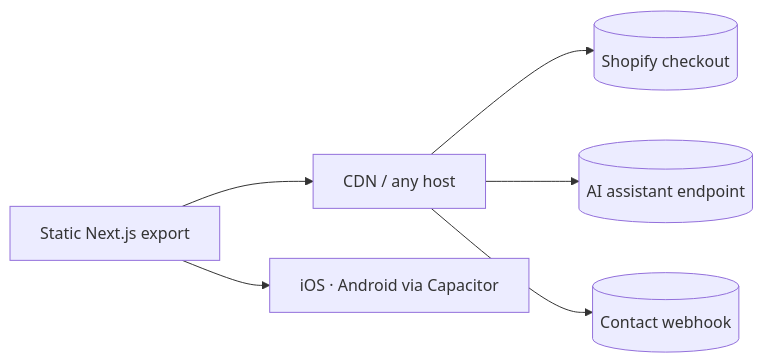
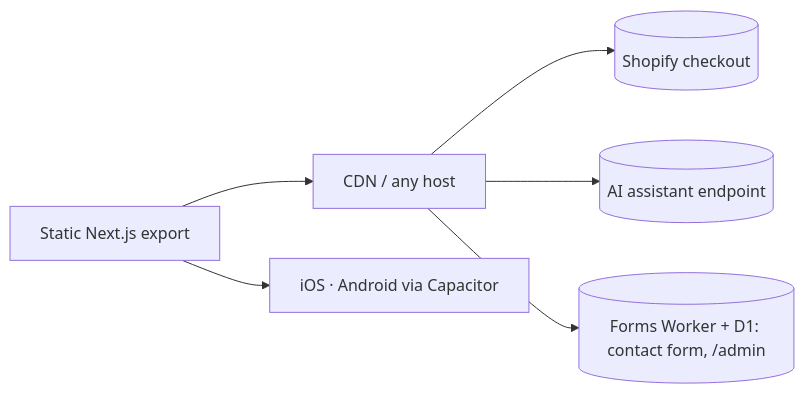
Before and after one commit to arshdeepsingh11/Biongevity: the diagram in README.md, drawn with Mermaid. The commit also changed other lines of this file and 177 other files, not shown here.

````diff
--- a/README.md
+++ b/README.md
@@ -38,8 +38,8 @@
 ```mermaid
 flowchart LR
   A[Static Next.js export] --> B[CDN / any host]
   A --> C[iOS · Android via Capacitor]
   B --> D[(Shopify checkout)]
   B --> E[(AI assistant endpoint)]
-  B --> F[(Contact webhook)]
+  B --> F[(Forms Worker + D1: contact form, /admin)]
 ```
````
